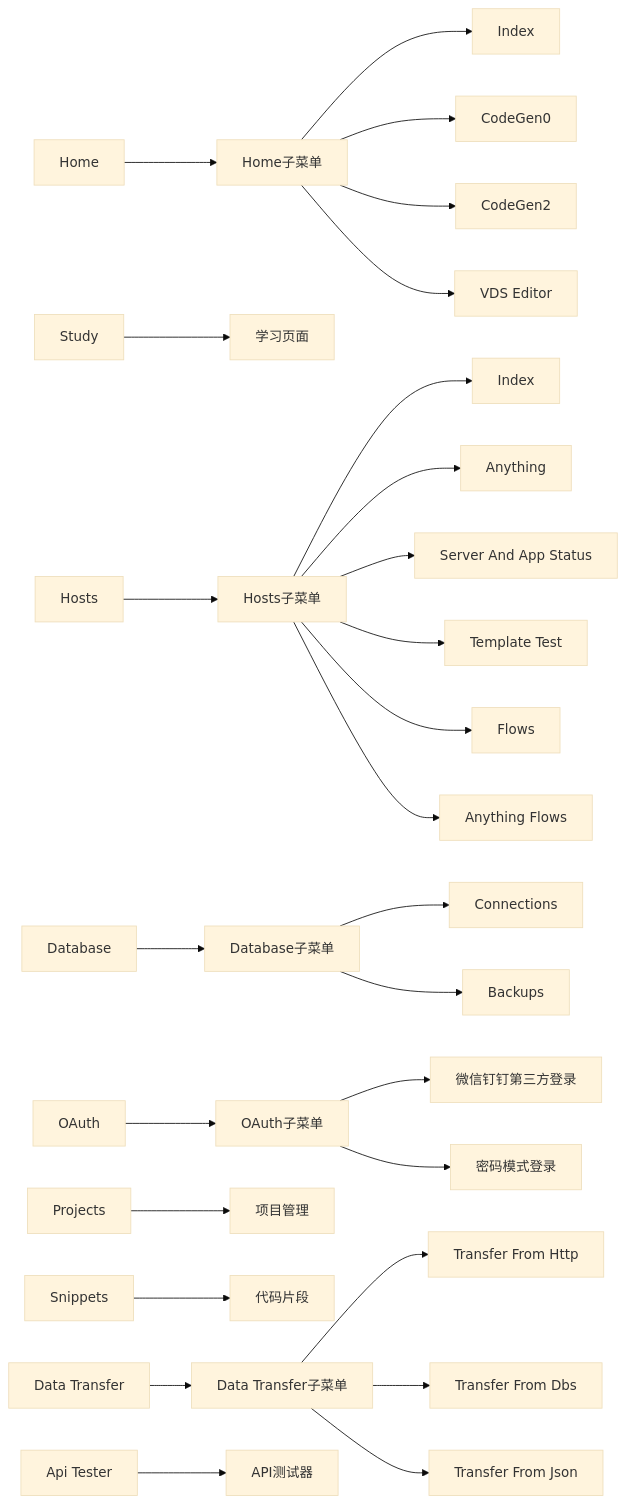
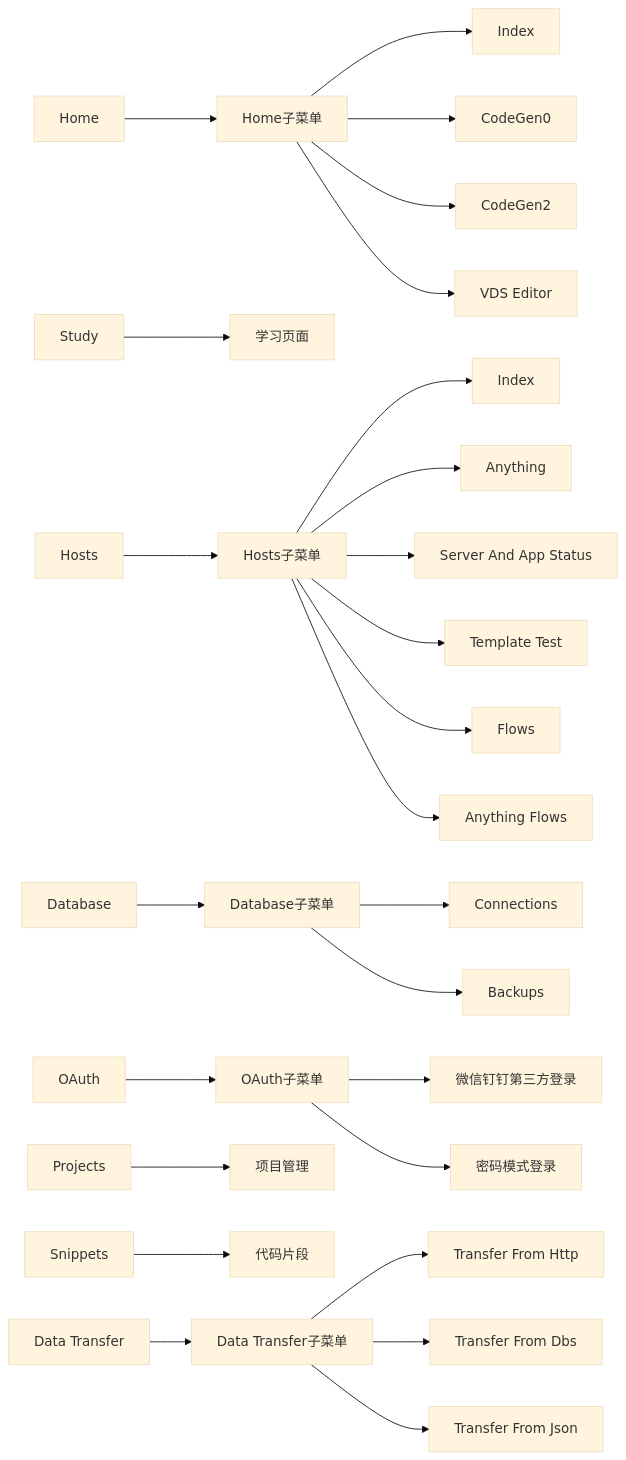
One commit to Sosososolong/AirGo changed the eighth of 17 diagrams in .qoder/repowiki/zh/content/核心架构设计/布局导航系统更新.md. Above: the diagram before and after it, drawn with Mermaid (base theme). The commit also changed other lines of this file and 10 other files, not shown here.

````diff
--- a/.qoder/repowiki/zh/content/核心架构设计/布局导航系统更新.md
+++ b/.qoder/repowiki/zh/content/核心架构设计/布局导航系统更新.md
@@ -302,29 +300,28 @@
 ```mermaid
 flowchart LR
 Home[Home] --> HomeSub[Home子菜单]
 HomeSub --> Index[Index]
 HomeSub --> Prepare[CodeGen0]
 HomeSub --> CodeGen2[CodeGen2]
 HomeSub --> VDS[VDS Editor]
 Study[Study] --> StudyPage[学习页面]
 Hosts[Hosts] --> HostsSub[Hosts子菜单]
 HostsSub --> HostsIndex[Index]
 HostsSub --> AnythingInfos[Anything]
 HostsSub --> ServerStatus[Server And App Status]
 HostsSub --> TmplTest[Template Test]
 HostsSub --> Flows[Flows]
 HostsSub --> AnythingFlows[Anything Flows]
 Database[Database] --> DatabaseSub[Database子菜单]
 DatabaseSub --> Connections[Connections]
 DatabaseSub --> Backups[Backups]
 OAuth[OAuth] --> OAuthSub[OAuth子菜单]
 OAuthSub --> WeChat[微信钉钉第三方登录]
 OAuthSub --> Password[密码模式登录]
 Projects[Projects] --> ProjectPage[项目管理]
 Snippets[Snippets] --> SnippetPage[代码片段]
 Sync[Data Transfer] --> SyncSub[Data Transfer子菜单]
 SyncSub --> FromHttp[Transfer From Http]
 SyncSub --> FromDbs[Transfer From Dbs]
 SyncSub --> FromJson[Transfer From Json]
-ApiTester[Api Tester] --> ApiTesterPage[API测试器]
 ```
````
